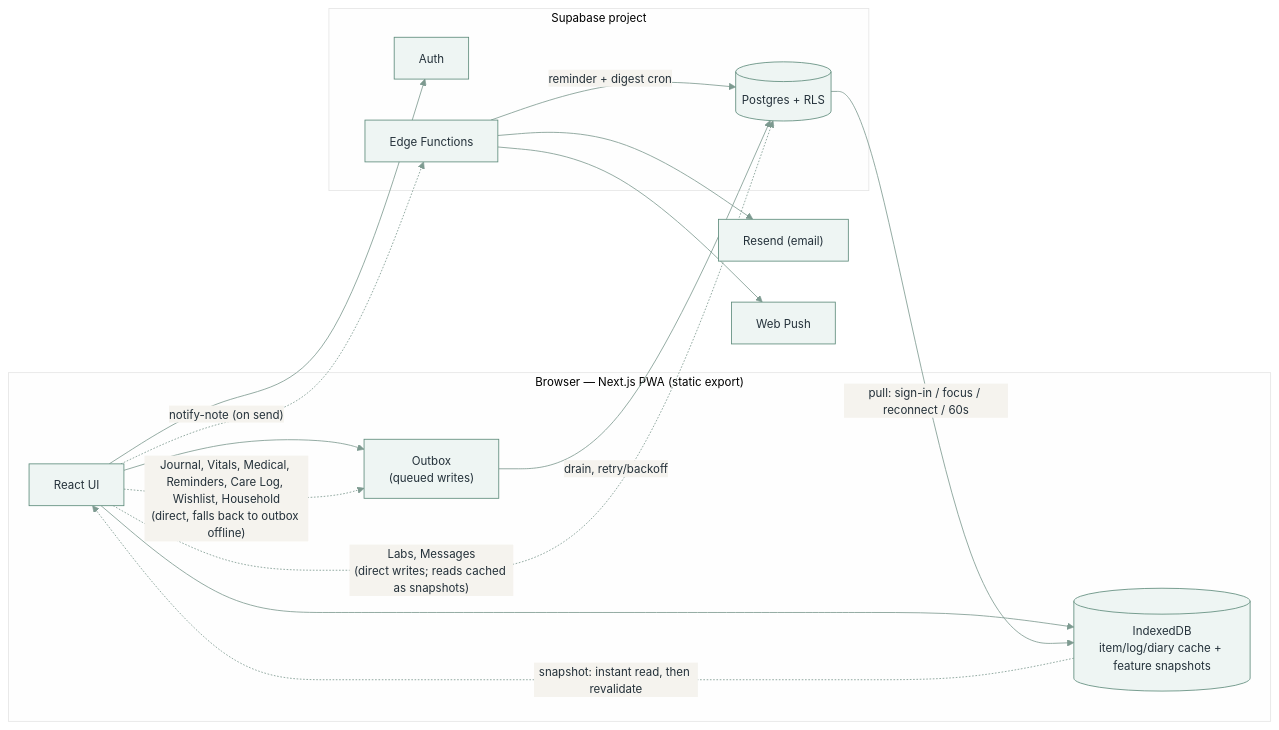
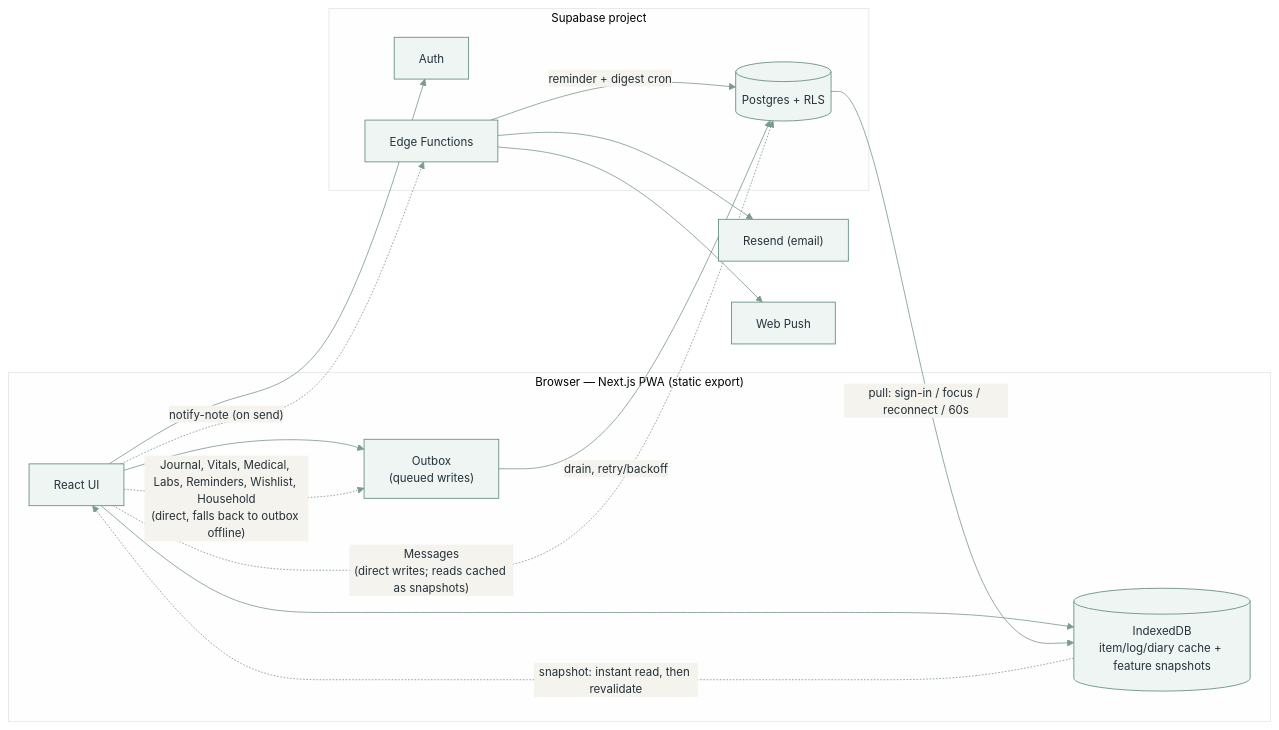
Before and after one commit to xxvazquez/health-management: the diagram in README.md, drawn with Mermaid. The commit also changed other lines of this file and 3 other files, not shown here.

First line of the commit message:
Offline writes for lab panels, markers and results

````diff
--- a/README.md
+++ b/README.md
@@ -110,30 +110,30 @@
 ```mermaid
 %%{init: {"theme": "base", "themeVariables": {
   "primaryColor": "#eef5f3", "primaryBorderColor": "#5c8a7a",
   "primaryTextColor": "#24313a", "lineColor": "#7d9a90",
   "fontFamily": "Inter, -apple-system, sans-serif", "fontSize": "14px"
 }}}%%
 flowchart LR
     subgraph browser["Browser — Next.js PWA (static export)"]
         ui["React UI"]
         idb[("IndexedDB<br/>item/log/diary cache + feature snapshots")]
         outbox["Outbox<br/>(queued writes)"]
         ui --> idb
         ui --> outbox
     end
     subgraph supa["Supabase project"]
         pg[("Postgres + RLS")]
         auth["Auth"]
         ef["Edge Functions"]
     end
     outbox -->|"drain, retry/backoff"| pg
     pg -->|"pull: sign-in / focus / reconnect / 60s"| idb
     ui --> auth
-    ui -.->|"Labs, Messages<br/>(direct writes; reads cached as snapshots)"| pg
-    ui -.->|"Journal, Vitals, Medical, Reminders, Care Log, Wishlist, Household<br/>(direct, falls back to outbox offline)"| outbox
+    ui -.->|"Messages<br/>(direct writes; reads cached as snapshots)"| pg
+    ui -.->|"Journal, Vitals, Medical, Labs, Reminders, Wishlist, Household<br/>(direct, falls back to outbox offline)"| outbox
     idb -.->|"snapshot: instant read, then revalidate"| ui
     ui -.->|"notify-note (on send)"| ef
     ef -->|"reminder + digest cron"| pg
     ef --> resend["Resend (email)"]
     ef --> push["Web Push"]
 ```
````
